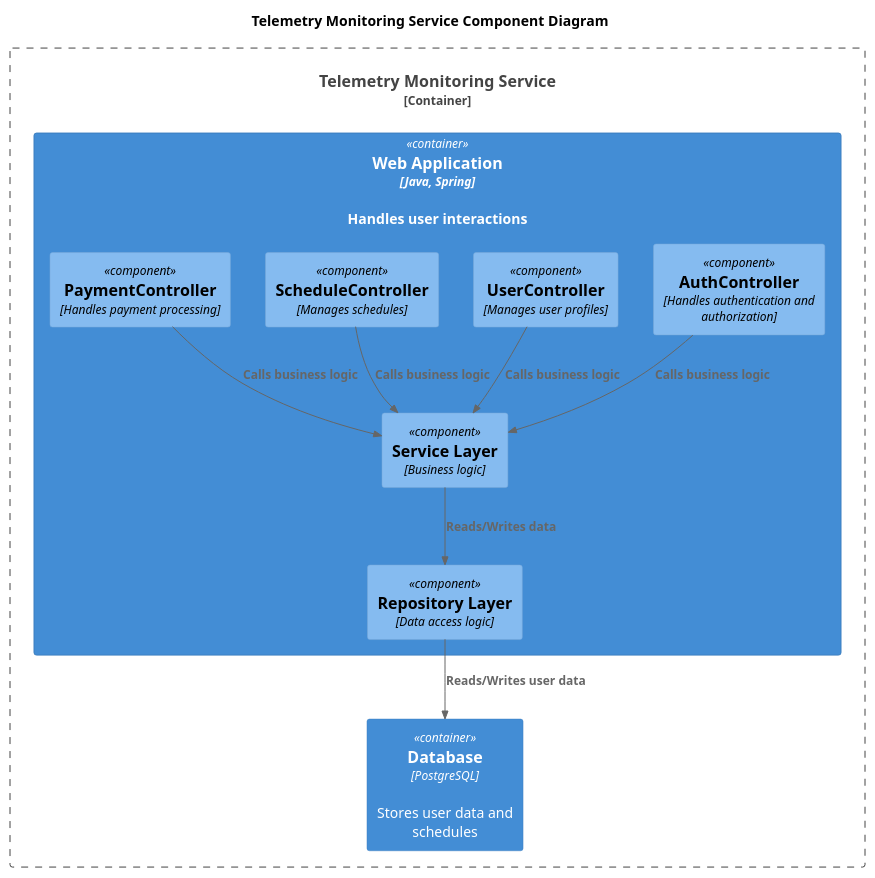
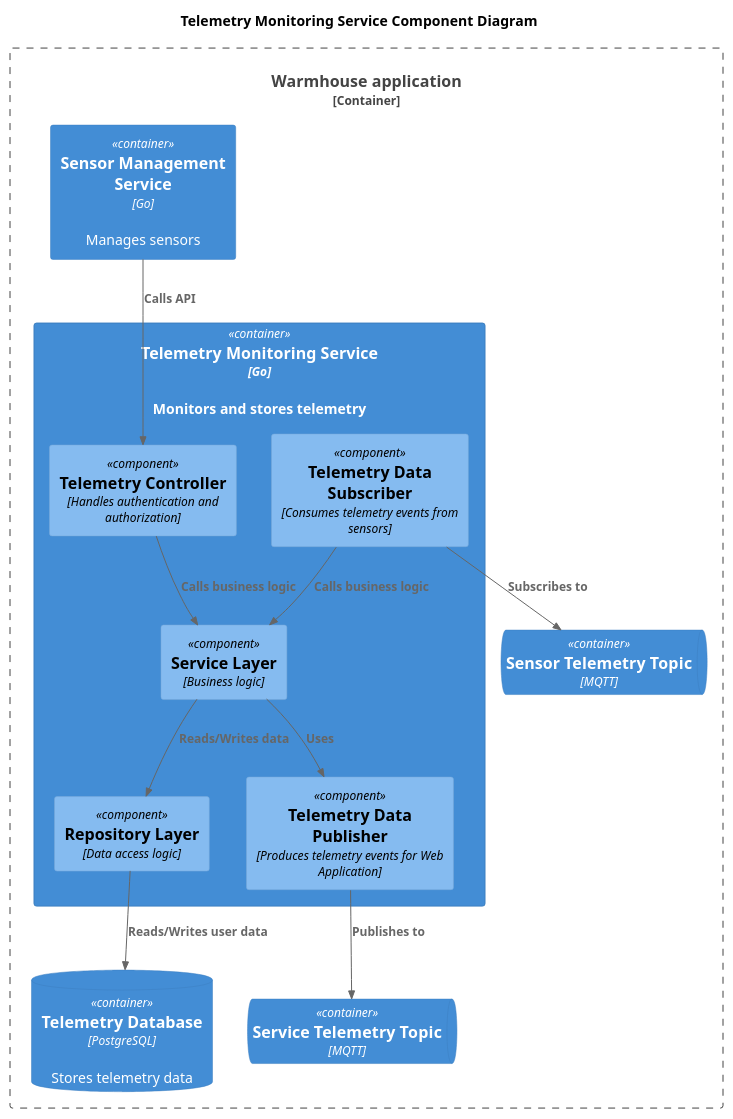
Before and after one commit to grafkozloff/arch-sprint1: the diagram in diagrams/component/telemetry-monitoring-service.puml, drawn with PlantUML. The commit also changed 10 other files, not shown here.

```diff
--- a/diagrams/component/telemetry-monitoring-service.puml
+++ b/diagrams/component/telemetry-monitoring-service.puml
@@ -1,28 +1,32 @@
 @startuml
 title Telemetry Monitoring Service Component Diagram
 
 top to bottom direction
 
 !includeurl https://raw.githubusercontent.com/RicardoNiepel/C4-PlantUML/master/C4_Component.puml
 
-Container_Boundary(TelemetryService, "Telemetry Monitoring Service") {
-  Container(WebApp, "Web Application", "Java, Spring", "Handles user interactions")
-  Container(Database, "Database", "PostgreSQL", "Stores user data and schedules")
+Container_Boundary(WarmhouseApp, "Warmhouse application") {
+  Container(TelemetryService, "Telemetry Monitoring Service", "Go", "Monitors and stores telemetry")
+  Container(SensorService, "Sensor Management Service", "Go", "Manages sensors")
+  ContainerQueue(SensorTelemetryTopic, "Sensor Telemetry Topic", "MQTT")
+  ContainerQueue(ServiceTelemetryTopic, "Service Telemetry Topic", "MQTT")
+  ContainerDb(TelemetryDatabase, "Telemetry Database", "PostgreSQL", "Stores telemetry data")
 }
 
-Container(WebApp, "Web Application", "Java, Spring") {
-  Component(AuthController, "AuthController", "Handles authentication and authorization")
-  Component(UserController, "UserController", "Manages user profiles")
-  Component(ScheduleController, "ScheduleController", "Manages schedules")
-  Component(PaymentController, "PaymentController", "Handles payment processing")
+Container(TelemetryService, "Telemetry Monitoring Service", "Go") {
+  Component(TelemetryController, "Telemetry Controller", "Handles authentication and authorization")
   Component(ServiceLayer, "Service Layer", "Business logic")
   Component(RepositoryLayer, "Repository Layer", "Data access logic")
+  Component(TelemetryDataSubscriber, "Telemetry Data Subscriber", "Consumes telemetry events from sensors")
+  Component(TelemetryDataPublisher, "Telemetry Data Publisher", "Produces telemetry events for Web Application")
 }
 
-Rel(AuthController,ServiceLayer,"Calls business logic")
-Rel(UserController,ServiceLayer,"Calls business logic")
-Rel(ScheduleController,ServiceLayer,"Calls business logic")
-Rel(PaymentController,ServiceLayer,"Calls business logic")
-Rel(ServiceLayer,RepositoryLayer,"Reads/Writes data")
-Rel(RepositoryLayer,Database,"Reads/Writes user data")
+Rel(SensorService, TelemetryController, "Calls API")
+Rel(TelemetryDataSubscriber, SensorTelemetryTopic, "Subscribes to")
+Rel(TelemetryDataSubscriber, ServiceLayer, "Calls business logic")
+Rel(TelemetryController, ServiceLayer, "Calls business logic")
+Rel(ServiceLayer, TelemetryDataPublisher, "Uses")
+Rel(ServiceLayer, RepositoryLayer, "Reads/Writes data")
+Rel(TelemetryDataPublisher, ServiceTelemetryTopic, "Publishes to")
+Rel(RepositoryLayer, TelemetryDatabase, "Reads/Writes user data")
 @enduml
```
